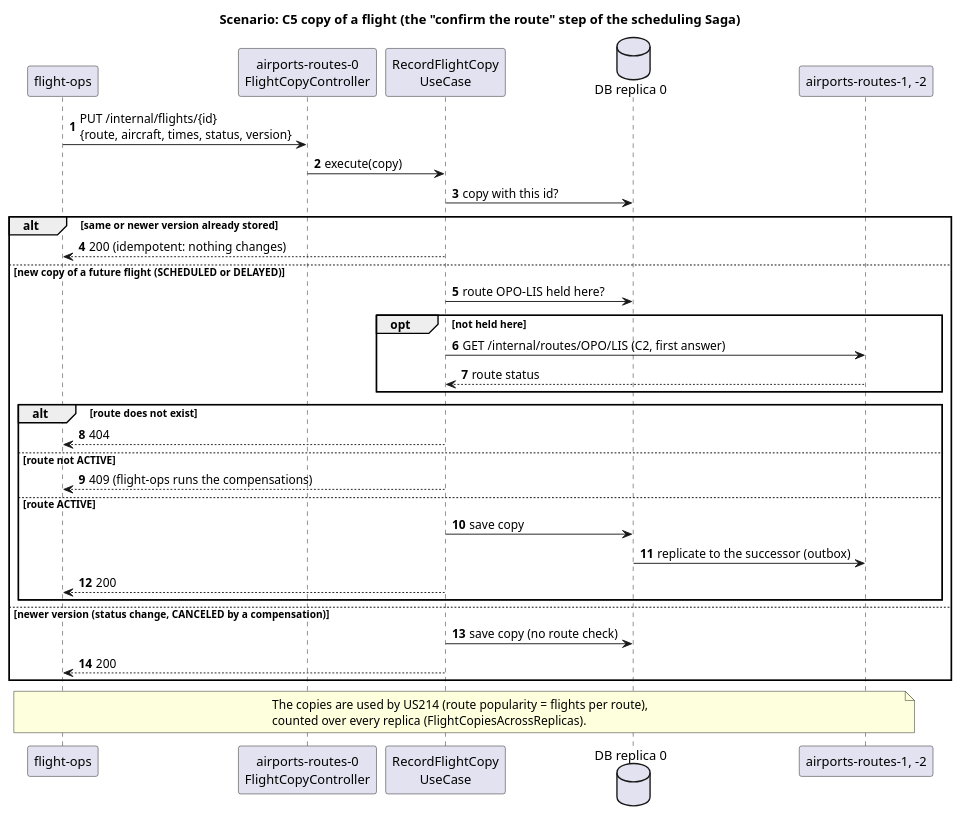
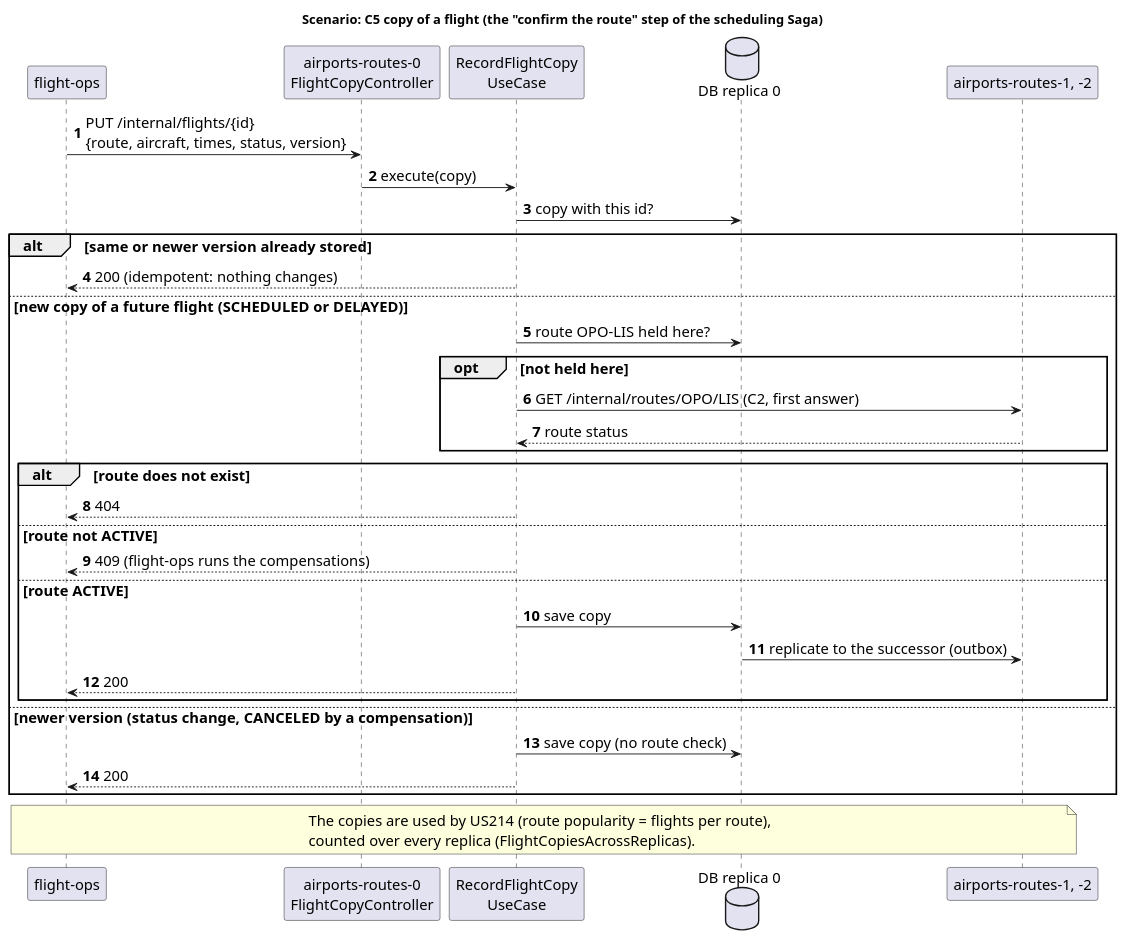
Before and after one commit to miguelsiilva1/sidis_group7_3da: the diagram in docs/airports-routes/puml/sd_c5_flight_copy.puml, drawn with PlantUML. The commit also changed 50 other files, not shown here.

```diff
--- a/docs/airports-routes/puml/sd_c5_flight_copy.puml
+++ b/docs/airports-routes/puml/sd_c5_flight_copy.puml
@@ -1,40 +1,41 @@
 @startuml sd_c5_flight_copy
+skinparam defaultFontSize 16
 title Scenario: C5 copy of a flight (the "confirm the route" step of the scheduling Saga)
 
 autonumber
 participant "flight-ops" as fo
 participant "airports-routes-0\nFlightCopyController" as ctl
 participant "RecordFlightCopy\nUseCase" as uc
 database "DB replica 0" as db
 participant "airports-routes-1, -2" as peers
 
 fo -> ctl : PUT /internal/flights/{id}\n{route, aircraft, times, status, version}
 ctl -> uc : execute(copy)
 uc -> db : copy with this id?
 alt same or newer version already stored
   uc --> fo : 200 (idempotent: nothing changes)
 else new copy of a future flight (SCHEDULED or DELAYED)
   uc -> db : route OPO-LIS held here?
   opt not held here
     uc -> peers : GET /internal/routes/OPO/LIS (C2, first answer)
     peers --> uc : route status
   end
   alt route does not exist
     uc --> fo : 404
   else route not ACTIVE
     uc --> fo : 409 (flight-ops runs the compensations)
   else route ACTIVE
     uc -> db : save copy
     db -> peers : replicate to the successor (outbox)
     uc --> fo : 200
   end
 else newer version (status change, CANCELED by a compensation)
   uc -> db : save copy (no route check)
   uc --> fo : 200
 end
 
 note over fo, peers
   The copies are used by US214 (route popularity = flights per route),
   counted over every replica (FlightCopiesAcrossReplicas).
 end note
 @enduml
```
